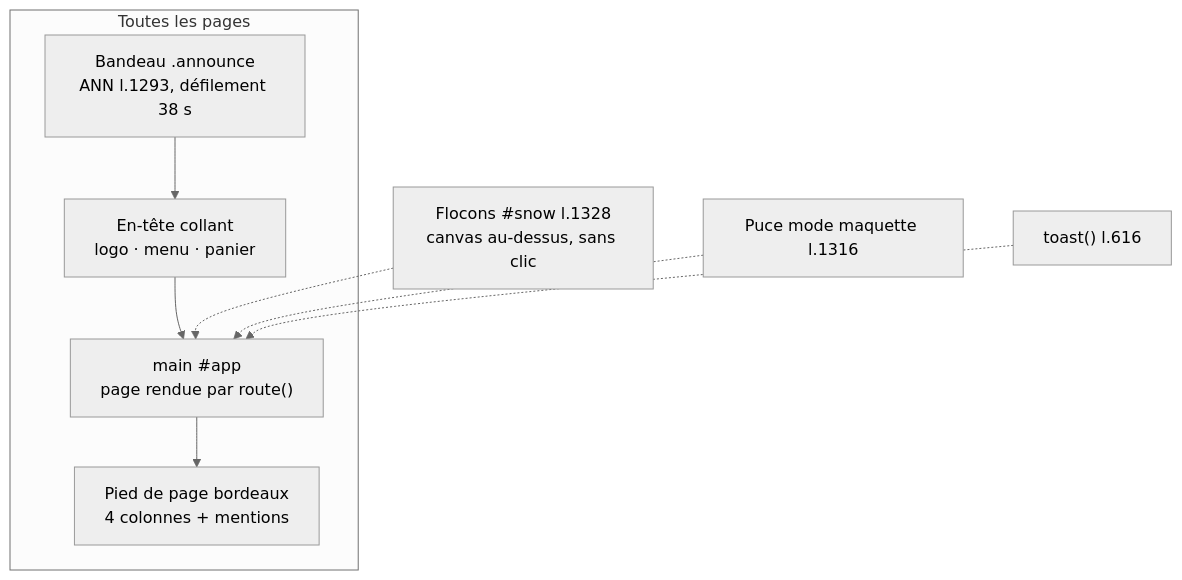
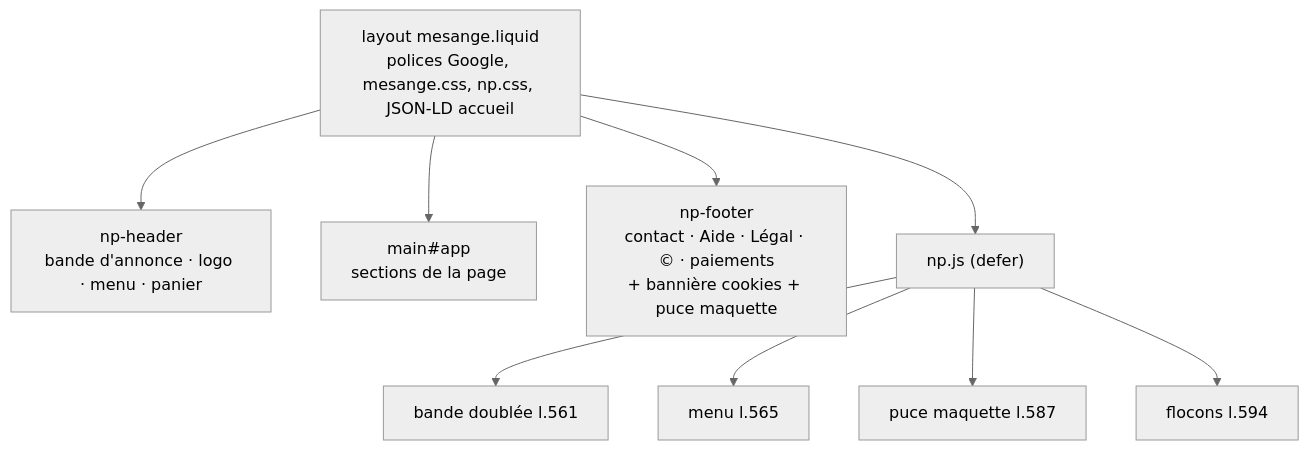
One commit to SylvainCode42A/Drop-Shipping-Agentique changed the diagram in 5-boutique/2-modules/MOD - Habillage.md. Above: the diagram before and after it, drawn with Mermaid (neutral theme). The commit also changed other lines of this file and 12 other files, not shown here.

````diff
--- a/5-boutique/2-modules/MOD - Habillage.md
+++ b/5-boutique/2-modules/MOD - Habillage.md
@@ -29,11 +26,11 @@
 ```mermaid
 flowchart TB
-    subgraph Toutes les pages
-      B["Bandeau .announce<br/>ANN l.1293, défilement 38 s"] --> H["En-tête collant<br/>logo · menu · panier"]
-      H --> M["main #app<br/>page rendue par route()"]
-      M --> F["Pied de page bordeaux<br/>4 colonnes + mentions"]
-    end
-    S["Flocons #snow l.1328<br/>canvas au-dessus, sans clic"] -.-> M
-    K["Puce mode maquette l.1316"] -.-> M
-    T["toast() l.616"] -.-> M
+    L["layout mesange.liquid<br/>polices Google, mesange.css, np.css, JSON-LD accueil"] --> HD["np-header<br/>bande d'annonce · logo · menu · panier"]
+    L --> MAIN["main#app<br/>sections de la page"]
+    L --> FT["np-footer<br/>contact · Aide · Légal · © · paiements<br/>+ bannière cookies + puce maquette"]
+    L --> JS["np.js (defer)"]
+    JS --> A["bande doublée l.561"]
+    JS --> MN["menu l.565"]
+    JS --> MC["puce maquette l.587"]
+    JS --> SN["flocons l.594"]
 ```
````
